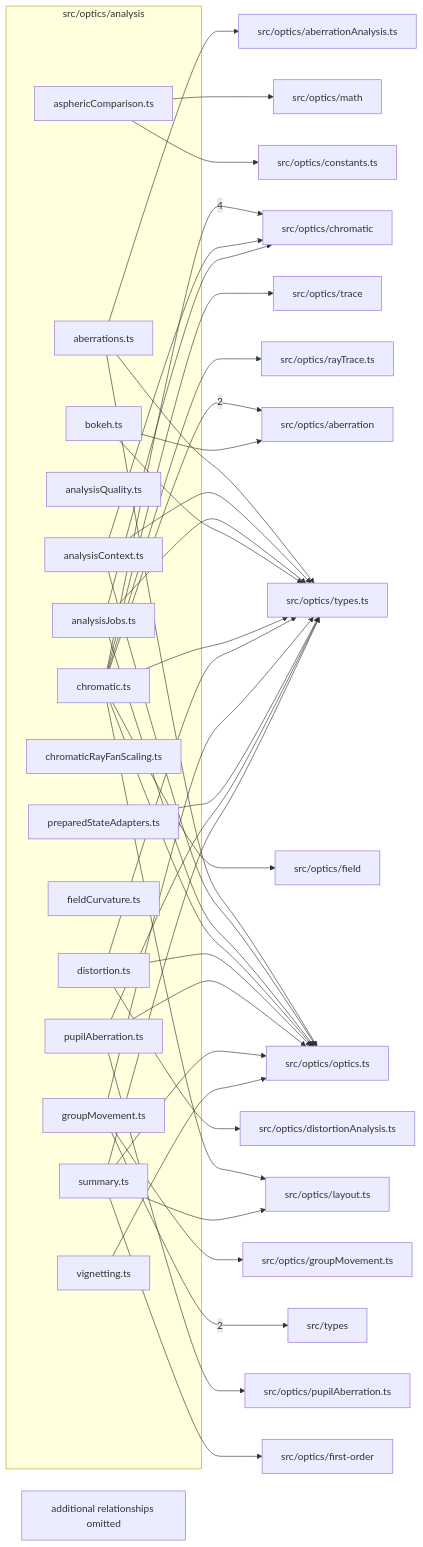
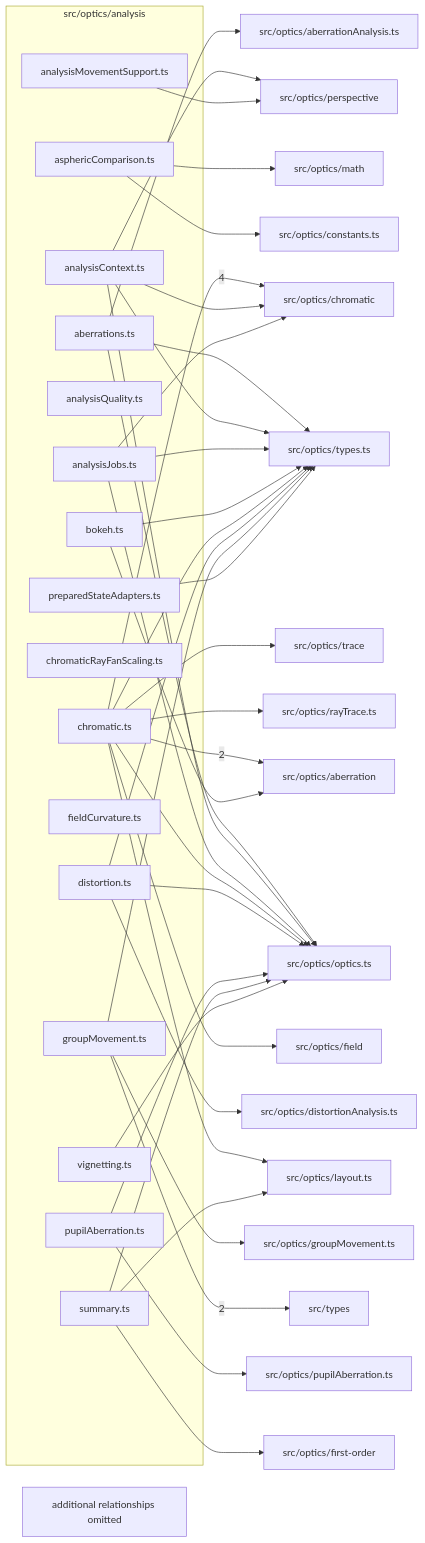
Before and after one commit to ronbuening/LensVisualizer: the diagram in src/optics/analysis/readme.md, drawn with Mermaid. The commit also changed other lines of this file and 12 other files, not shown here.

Commit message:
feat: key analysis by perspective pose

````diff
--- a/src/optics/analysis/readme.md
+++ b/src/optics/analysis/readme.md
@@ -9,73 +9,75 @@
 ```mermaid
 flowchart LR
   subgraph n_src_optics_analysis["src/optics/analysis"]
     n_src_optics_analysis_src_optics_analysis_aberrations_ts["aberrations.ts"]
     n_src_optics_analysis_src_optics_analysis_analysisContext_ts["analysisContext.ts"]
     n_src_optics_analysis_src_optics_analysis_analysisJobs_ts["analysisJobs.ts"]
+    n_src_optics_analysis_src_optics_analysis_analysisMovementSupport_ts["analysisMovementSupport.ts"]
     n_src_optics_analysis_src_optics_analysis_analysisQuality_ts["analysisQuality.ts"]
     n_src_optics_analysis_src_optics_analysis_asphericComparison_ts["asphericComparison.ts"]
     n_src_optics_analysis_src_optics_analysis_bokeh_ts["bokeh.ts"]
     n_src_optics_analysis_src_optics_analysis_chromatic_ts["chromatic.ts"]
     n_src_optics_analysis_src_optics_analysis_chromaticRayFanScaling_ts["chromaticRayFanScaling.ts"]
     n_src_optics_analysis_src_optics_analysis_distortion_ts["distortion.ts"]
     n_src_optics_analysis_src_optics_analysis_fieldCurvature_ts["fieldCurvature.ts"]
     n_src_optics_analysis_src_optics_analysis_groupMovement_ts["groupMovement.ts"]
     n_src_optics_analysis_src_optics_analysis_preparedStateAdapters_ts["preparedStateAdapters.ts"]
     n_src_optics_analysis_src_optics_analysis_pupilAberration_ts["pupilAberration.ts"]
     n_src_optics_analysis_src_optics_analysis_summary_ts["summary.ts"]
     n_src_optics_analysis_src_optics_analysis_vignetting_ts["vignetting.ts"]
   end
   n_external_src_optics_chromatic["src/optics/chromatic"]
   n_external_src_optics_aberration["src/optics/aberration"]
   n_external_src_types["src/types"]
   n_external_src_optics_aberrationAnalysis_ts["src/optics/aberrationAnalysis.ts"]
   n_external_src_optics_constants_ts["src/optics/constants.ts"]
   n_external_src_optics_distortionAnalysis_ts["src/optics/distortionAnalysis.ts"]
   n_external_src_optics_field["src/optics/field"]
   n_external_src_optics_first_order["src/optics/first-order"]
   n_external_src_optics_groupMovement_ts["src/optics/groupMovement.ts"]
   n_external_src_optics_layout_ts["src/optics/layout.ts"]
   n_external_src_optics_math["src/optics/math"]
   n_external_src_optics_optics_ts["src/optics/optics.ts"]
+  n_external_src_optics_perspective["src/optics/perspective"]
   n_external_src_optics_pupilAberration_ts["src/optics/pupilAberration.ts"]
   n_external_src_optics_rayTrace_ts["src/optics/rayTrace.ts"]
   n_external_src_optics_trace["src/optics/trace"]
   n_external_src_optics_types_ts["src/optics/types.ts"]
   n_src_optics_analysis_src_optics_analysis_chromatic_ts --> |4| n_external_src_optics_chromatic
   n_src_optics_analysis_src_optics_analysis_chromatic_ts --> |2| n_external_src_optics_aberration
   n_src_optics_analysis_src_optics_analysis_groupMovement_ts --> |2| n_external_src_types
   n_src_optics_analysis_src_optics_analysis_bokeh_ts --> n_external_src_optics_aberration
   n_src_optics_analysis_src_optics_analysis_aberrations_ts --> n_external_src_optics_aberrationAnalysis_ts
   n_src_optics_analysis_src_optics_analysis_analysisContext_ts --> n_external_src_optics_chromatic
   n_src_optics_analysis_src_optics_analysis_analysisJobs_ts --> n_external_src_optics_chromatic
   n_src_optics_analysis_src_optics_analysis_asphericComparison_ts --> n_external_src_optics_constants_ts
   n_src_optics_analysis_src_optics_analysis_distortion_ts --> n_external_src_optics_distortionAnalysis_ts
   n_src_optics_analysis_src_optics_analysis_chromatic_ts --> n_external_src_optics_field
   n_src_optics_analysis_src_optics_analysis_summary_ts --> n_external_src_optics_first_order
   n_src_optics_analysis_src_optics_analysis_groupMovement_ts --> n_external_src_optics_groupMovement_ts
   n_src_optics_analysis_src_optics_analysis_chromatic_ts --> n_external_src_optics_layout_ts
   n_src_optics_analysis_src_optics_analysis_summary_ts --> n_external_src_optics_layout_ts
   n_src_optics_analysis_src_optics_analysis_asphericComparison_ts --> n_external_src_optics_math
   n_src_optics_analysis_src_optics_analysis_aberrations_ts --> n_external_src_optics_optics_ts
   n_src_optics_analysis_src_optics_analysis_analysisContext_ts --> n_external_src_optics_optics_ts
   n_src_optics_analysis_src_optics_analysis_analysisJobs_ts --> n_external_src_optics_optics_ts
   n_src_optics_analysis_src_optics_analysis_chromatic_ts --> n_external_src_optics_optics_ts
   n_src_optics_analysis_src_optics_analysis_distortion_ts --> n_external_src_optics_optics_ts
   n_src_optics_analysis_src_optics_analysis_pupilAberration_ts --> n_external_src_optics_optics_ts
   n_src_optics_analysis_src_optics_analysis_summary_ts --> n_external_src_optics_optics_ts
   n_src_optics_analysis_src_optics_analysis_vignetting_ts --> n_external_src_optics_optics_ts
+  n_src_optics_analysis_src_optics_analysis_analysisContext_ts --> n_external_src_optics_perspective
+  n_src_optics_analysis_src_optics_analysis_analysisMovementSupport_ts --> n_external_src_optics_perspective
   n_src_optics_analysis_src_optics_analysis_pupilAberration_ts --> n_external_src_optics_pupilAberration_ts
   n_src_optics_analysis_src_optics_analysis_chromatic_ts --> n_external_src_optics_rayTrace_ts
   n_src_optics_analysis_src_optics_analysis_chromatic_ts --> n_external_src_optics_trace
   n_src_optics_analysis_src_optics_analysis_aberrations_ts --> n_external_src_optics_types_ts
   n_src_optics_analysis_src_optics_analysis_analysisContext_ts --> n_external_src_optics_types_ts
   n_src_optics_analysis_src_optics_analysis_analysisJobs_ts --> n_external_src_optics_types_ts
   n_src_optics_analysis_src_optics_analysis_bokeh_ts --> n_external_src_optics_types_ts
   n_src_optics_analysis_src_optics_analysis_chromatic_ts --> n_external_src_optics_types_ts
   n_src_optics_analysis_src_optics_analysis_distortion_ts --> n_external_src_optics_types_ts
   n_src_optics_analysis_src_optics_analysis_groupMovement_ts --> n_external_src_optics_types_ts
   n_src_optics_analysis_src_optics_analysis_preparedStateAdapters_ts --> n_external_src_optics_types_ts
-  n_src_optics_analysis_src_optics_analysis_pupilAberration_ts --> n_external_src_optics_types_ts
-  n_src_optics_analysis_src_optics_analysis_summary_ts --> n_external_src_optics_types_ts
   n_src_optics_analysis_truncated["additional relationships omitted"]
 ```
````
